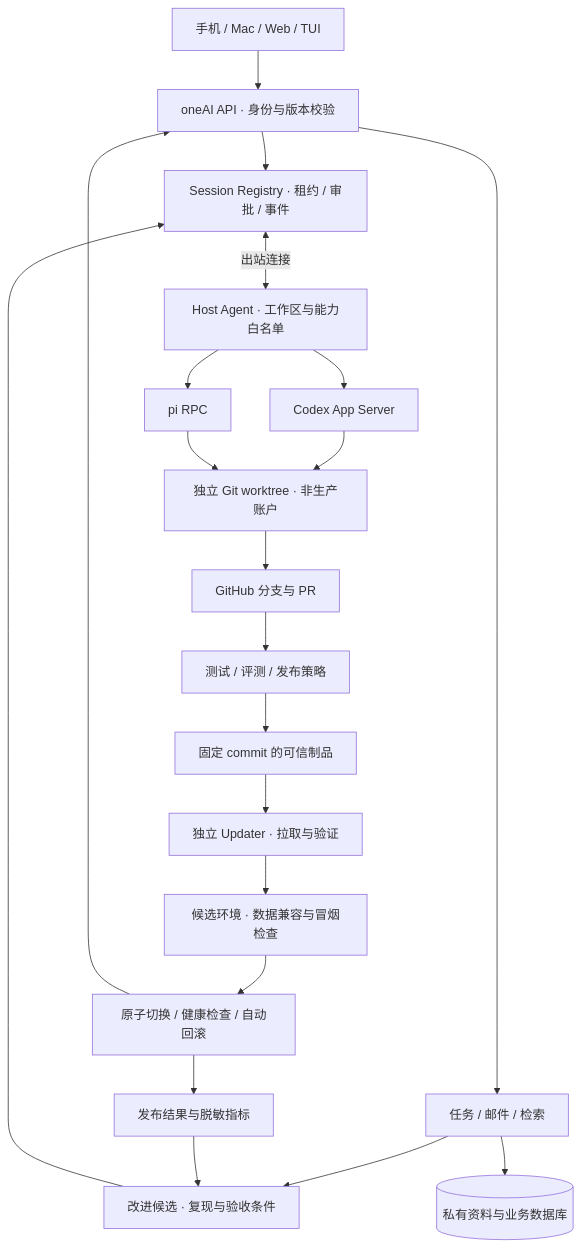
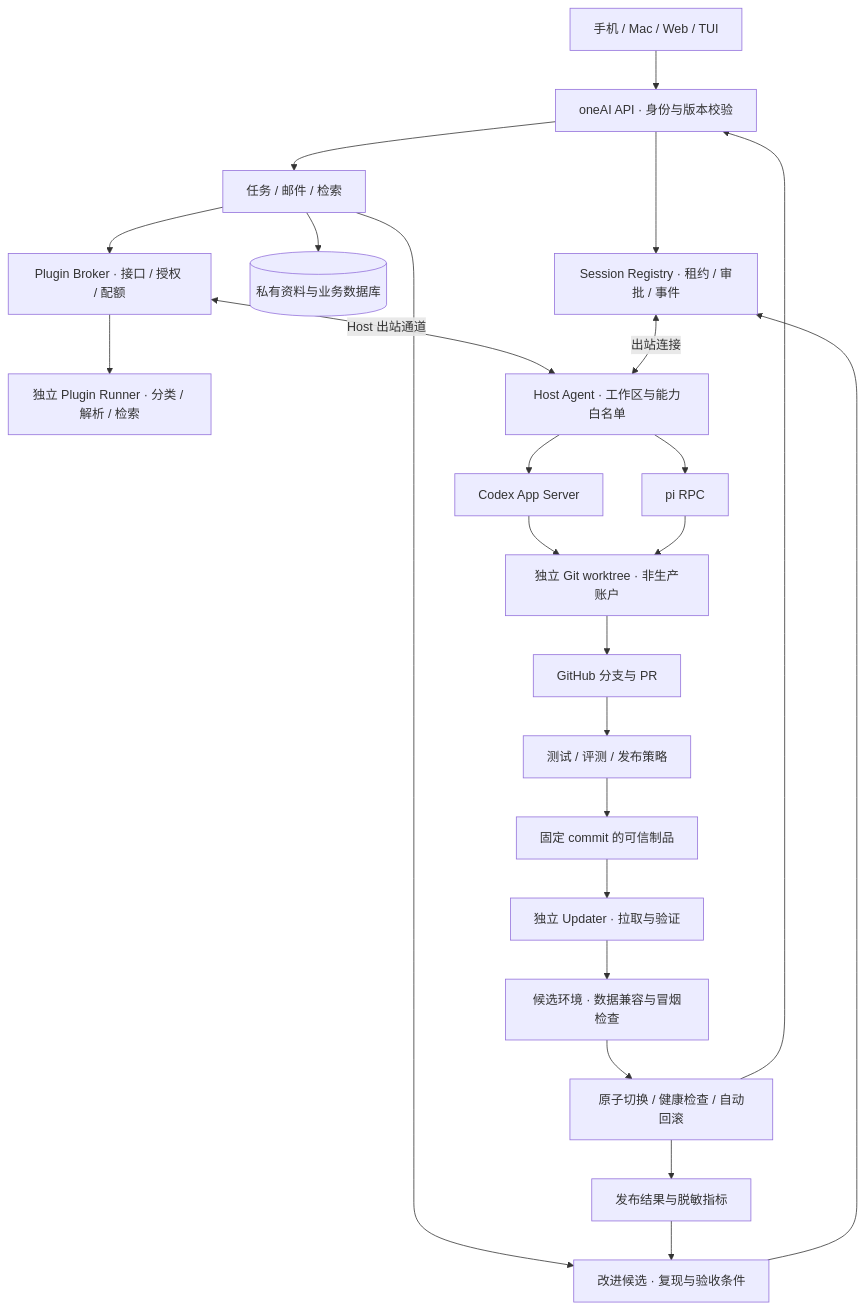
Before and after one commit to Batch777/oneAI: the diagram in docs/SELF-EVOLUTION-ARCHITECTURE.md, drawn with Mermaid. The commit also changed other lines of this file and 2 other files, not shown here.

Commit message:
Specify modular plugin interfaces and controlled lifecycle

````diff
--- a/docs/SELF-EVOLUTION-ARCHITECTURE.md
+++ b/docs/SELF-EVOLUTION-ARCHITECTURE.md
@@ -32,22 +32,25 @@
 ```mermaid
 flowchart TB
     UI[手机 / Mac / Web / TUI] --> API[oneAI API · 身份与版本校验]
     API --> REG[Session Registry · 租约 / 审批 / 事件]
     API --> TASK[任务 / 邮件 / 检索]
     TASK --> DATA[(私有资料与业务数据库)]
+    TASK --> PLUG[Plugin Broker · 接口 / 授权 / 配额]
+    PLUG --> RUNNER[独立 Plugin Runner · 分类 / 解析 / 检索]
+    PLUG <-->|Host 出站通道| HOST
     REG <-->|出站连接| HOST[Host Agent · 工作区与能力白名单]
     HOST --> CODEX[Codex App Server]
     HOST --> PI[pi RPC]
     CODEX & PI --> WT[独立 Git worktree · 非生产账户]
     TASK --> IDEA[改进候选 · 复现与验收条件]
     IDEA --> REG
     WT --> PR[GitHub 分支与 PR]
     PR --> CHECK[测试 / 评测 / 发布策略]
     CHECK --> ART[固定 commit 的可信制品]
     ART --> UP[独立 Updater · 拉取与验证]
     UP --> STAGE[候选环境 · 数据兼容与冒烟检查]
     STAGE --> SWITCH[原子切换 / 健康检查 / 自动回滚]
     SWITCH --> API
     SWITCH --> OBS[发布结果与脱敏指标]
     OBS --> IDEA
 ```
````
